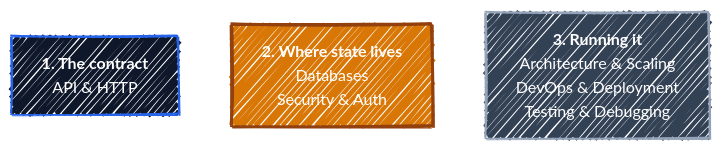
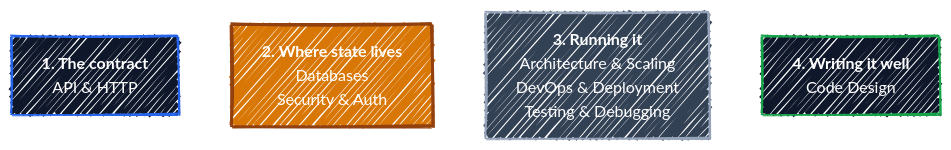
One commit to r97221004/BK-interview changed the second of 2 diagrams in README.md. Above: the diagram before and after it, drawn with Mermaid. The commit also changed other lines of this file and 51 other files, not shown here.

First line of the commit message:
Add Code Design, a new part on testability and OOP design

````diff
--- a/README.md
+++ b/README.md
@@ -67,25 +67,28 @@
 ```mermaid
 ---
 config:
   look: handDrawn
   theme: default
   themeVariables:
     fontFamily: '"Comic Sans MS", "Comic Sans", "Segoe Print", "Bradley Hand", cursive'
     lineColor: '#FFFFFF'
     edgeLabelBackground: '#475569'
   themeCSS: |
     .edgeLabel, .edgeLabel p, .edgeLabel span { color: #FFFFFF !important; }
 ---
 flowchart LR
     protocol["<b>1. The contract</b><br/>API &amp; HTTP"]
     state["<b>2. Where state lives</b><br/>Databases<br/>Security &amp; Auth"]
     operate["<b>3. Running it</b><br/>Architecture &amp; Scaling<br/>DevOps &amp; Deployment<br/>Testing &amp; Debugging"]
-    protocol --> state --> operate
+    write["<b>4. Writing it well</b><br/>Code Design"]
+    protocol --> state --> operate --> write
 
     classDef edgeStyle fill:#0F172A,stroke:#2563EB,stroke-width:2px,color:#FFFFFF
     classDef svcStyle fill:#D97706,stroke:#92400E,stroke-width:3px,color:#FFFFFF
     classDef workerStyle fill:#334155,stroke:#94A3B8,stroke-width:2px,color:#FFFFFF
+    classDef writeStyle fill:#0F172A,stroke:#16A34A,stroke-width:2px,color:#FFFFFF
     class protocol edgeStyle
     class state svcStyle
     class operate workerStyle
+    class write writeStyle
 ```
````
